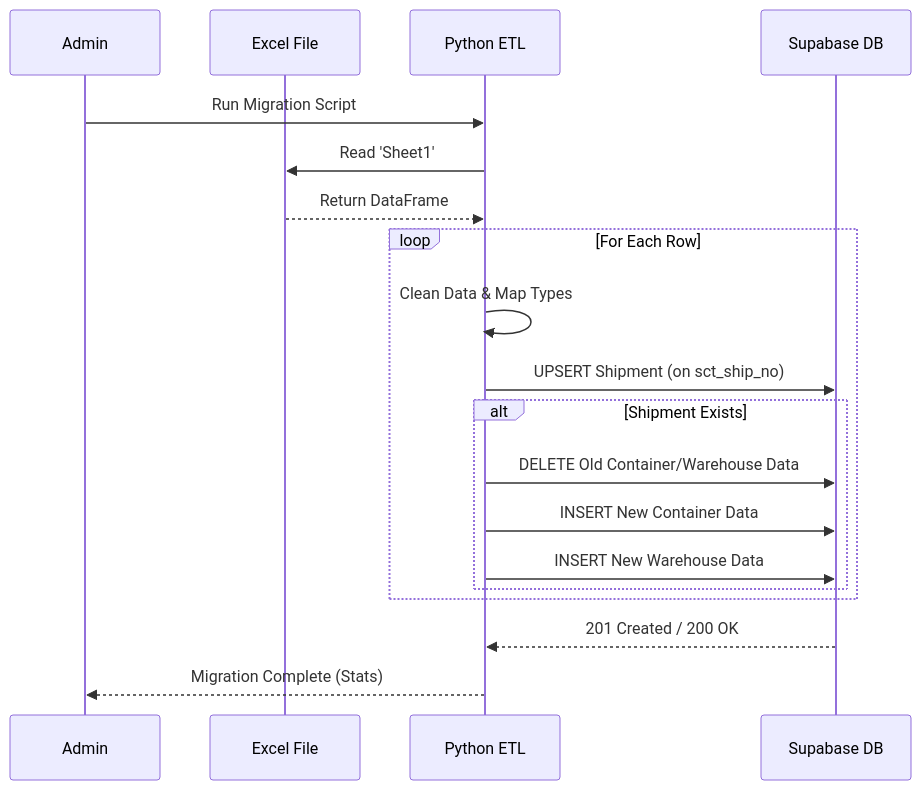
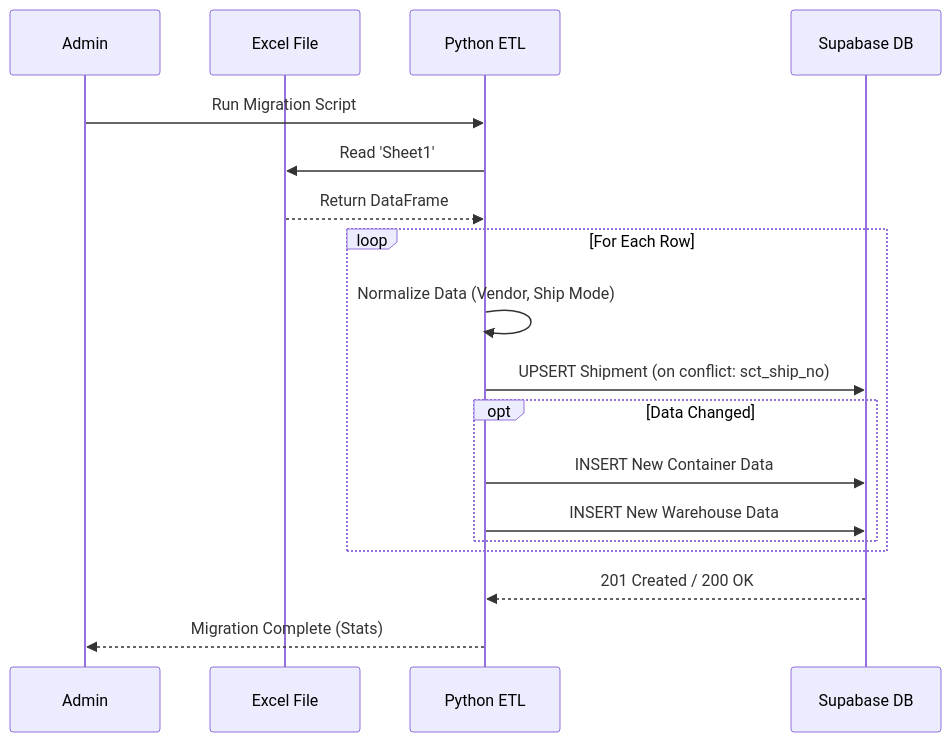
The second of 5 diagrams in SYSTEM_ARCHITECTURE.md (macho715/HVDC_DASH), drawn with Mermaid before and after one commit. The commit also changed 8 other files, not shown here.

Commit message:
docs: restructure readme and add ui/ux design, fix: shipment list key duplicate and migration script

````diff
--- a/SYSTEM_ARCHITECTURE.md
+++ b/SYSTEM_ARCHITECTURE.md
@@ -51,25 +51,24 @@
 ```mermaid
 sequenceDiagram
     participant Admin
     participant Excel as Excel File
     participant Script as Python ETL
     participant DB as Supabase DB
 
     Admin->>Script: Run Migration Script
     Script->>Excel: Read 'Sheet1'
     Excel-->>Script: Return DataFrame
     
     loop For Each Row
-        Script->>Script: Clean Data & Map Types
-        Script->>DB: UPSERT Shipment (on sct_ship_no)
+        Script->>Script: Normalize Data (Vendor, Ship Mode)
+        Script->>DB: UPSERT Shipment (on conflict: sct_ship_no)
         
-        alt Shipment Exists
-            Script->>DB: DELETE Old Container/Warehouse Data
+        opt Data Changed
             Script->>DB: INSERT New Container Data
             Script->>DB: INSERT New Warehouse Data
         end
     end
     
     DB-->>Script: 201 Created / 200 OK
     Script-->>Admin: Migration Complete (Stats)
 ```
````
